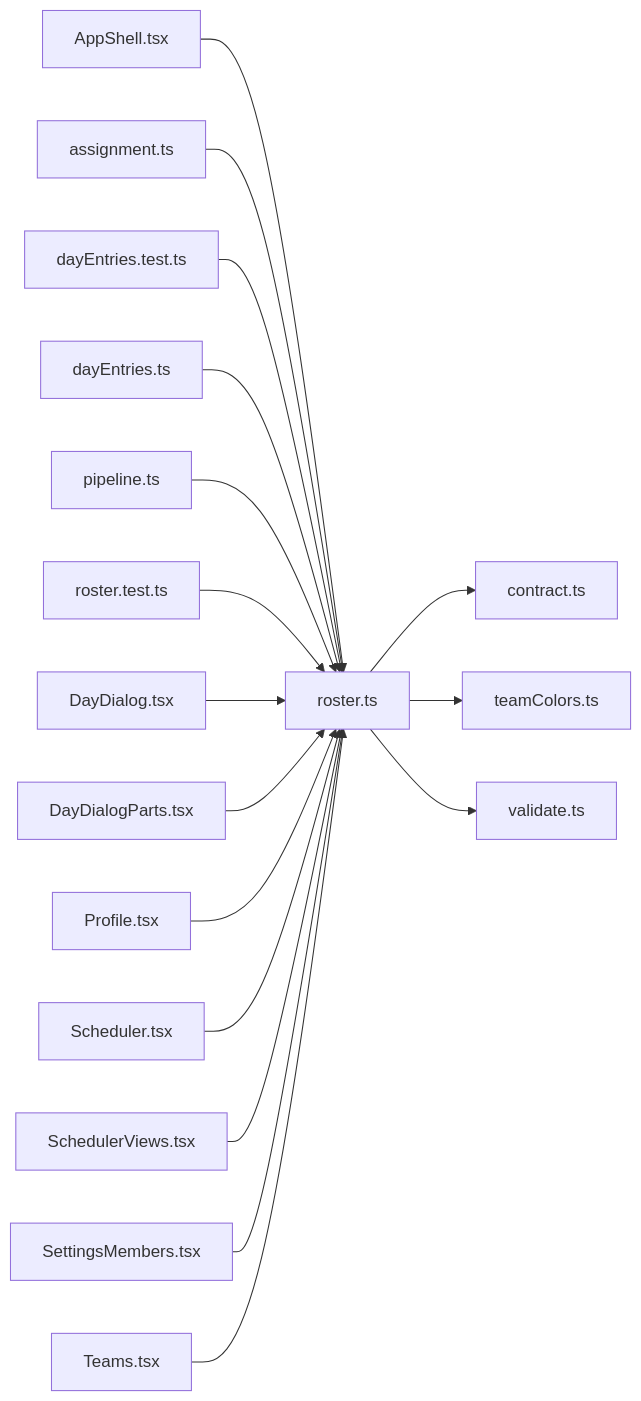
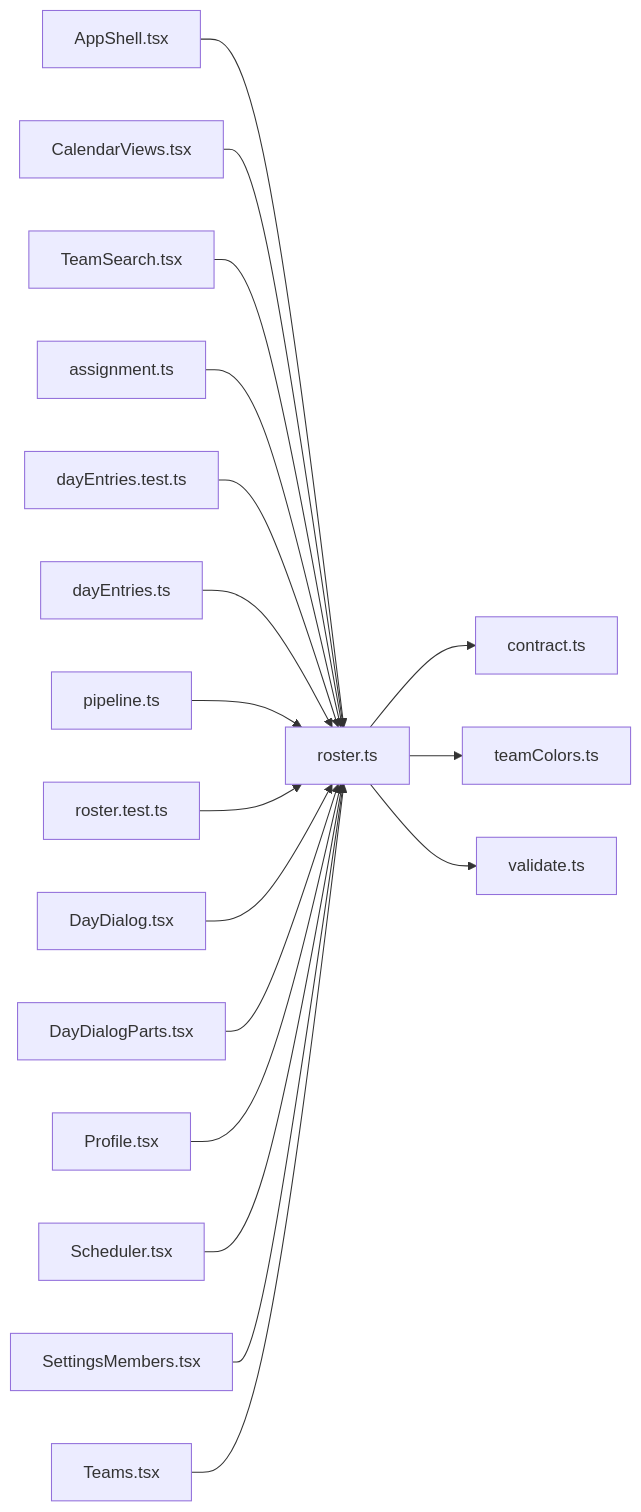
The diagram in .cluedoc/graph/frontend/src/lib/roster.md (minkong-dev/Banblit), drawn with Mermaid before and after one commit. The commit also changed other lines of this file and 45 other files, not shown here.

First line of the commit message:
frontend: show unavailable times as a member calendar and a team heatmap

````diff
--- a/.cluedoc/graph/frontend/src/lib/roster.md
+++ b/.cluedoc/graph/frontend/src/lib/roster.md
@@ -10,20 +10,21 @@
 ```mermaid
 flowchart LR
   frontend_src_lib_roster["roster.ts"]
   frontend_src_lib_roster --> frontend_src_lib_contract["contract.ts"]
   frontend_src_lib_roster --> frontend_src_lib_teamColors["teamColors.ts"]
   frontend_src_lib_roster --> frontend_src_lib_validate["validate.ts"]
   frontend_src_components_AppShell["AppShell.tsx"] --> frontend_src_lib_roster
+  frontend_src_components_CalendarViews["CalendarViews.tsx"] --> frontend_src_lib_roster
+  frontend_src_components_TeamSearch["TeamSearch.tsx"] --> frontend_src_lib_roster
   frontend_src_lib_assignment["assignment.ts"] --> frontend_src_lib_roster
   frontend_src_lib_dayEntries_test["dayEntries.test.ts"] --> frontend_src_lib_roster
   frontend_src_lib_dayEntries["dayEntries.ts"] --> frontend_src_lib_roster
   frontend_src_lib_pipeline["pipeline.ts"] --> frontend_src_lib_roster
   frontend_src_lib_roster_test["roster.test.ts"] --> frontend_src_lib_roster
   frontend_src_routes_DayDialog["DayDialog.tsx"] --> frontend_src_lib_roster
   frontend_src_routes_DayDialogParts["DayDialogParts.tsx"] --> frontend_src_lib_roster
   frontend_src_routes_Profile["Profile.tsx"] --> frontend_src_lib_roster
   frontend_src_routes_Scheduler["Scheduler.tsx"] --> frontend_src_lib_roster
-  frontend_src_routes_SchedulerViews["SchedulerViews.tsx"] --> frontend_src_lib_roster
   frontend_src_routes_SettingsMembers["SettingsMembers.tsx"] --> frontend_src_lib_roster
   frontend_src_routes_Teams["Teams.tsx"] --> frontend_src_lib_roster
 ```
````
